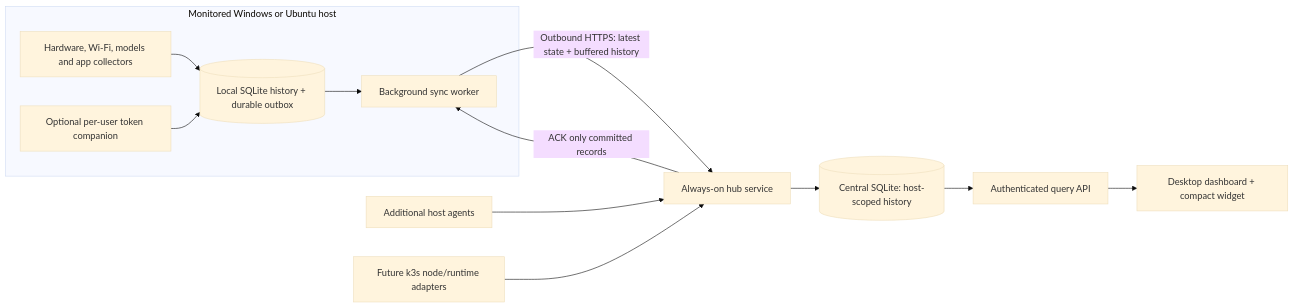
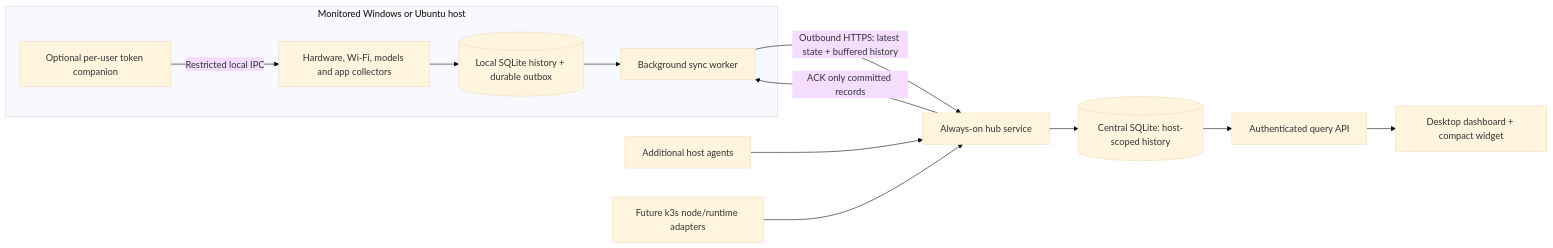
One commit to nikhilgs817/AI_PULSE changed the diagram in docs/FLEET-ARCHITECTURE.md. Above: the diagram before and after it, drawn with Mermaid (base theme). The commit also changed 6 other files, not shown here.

Commit message:
Keep chart windows and aggregation gaps explicit; harden Wi-Fi UI checks

````diff
--- a/docs/FLEET-ARCHITECTURE.md
+++ b/docs/FLEET-ARCHITECTURE.md
@@ -21,15 +21,15 @@
 ```mermaid
 flowchart LR
   subgraph H1[Monitored Windows or Ubuntu host]
     C[Hardware, Wi-Fi, models and app collectors] --> L[(Local SQLite history + durable outbox)]
-    U[Optional per-user token companion] --> L
+    U[Optional per-user token companion] -->|Restricted local IPC| C
     L --> S[Background sync worker]
   end
   S -->|Outbound HTTPS: latest state + buffered history| H[Always-on hub service]
   H -->|ACK only committed records| S
   H --> D[(Central SQLite: host-scoped history)]
   D --> Q[Authenticated query API]
   Q --> V[Desktop dashboard + compact widget]
   A[Additional host agents] --> H
   K[Future k3s node/runtime adapters] --> H
 ```
````
